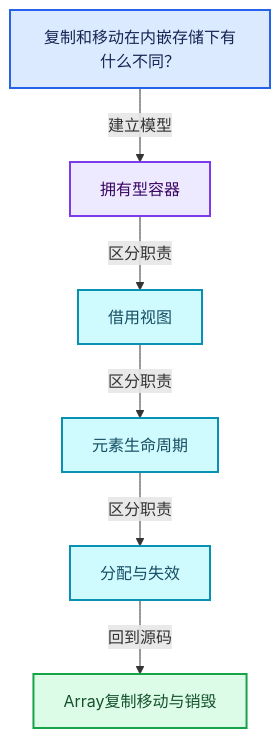
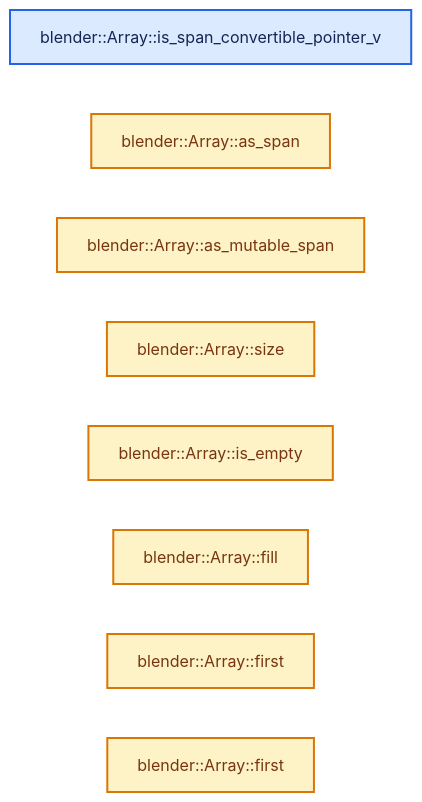
The second of 4 diagrams in 杂/markdown/全面学习-codex/01-基础容器与现代CPP/08-Array复制移动与销毁.md (yunkezengren/blender-.vscode), drawn with Mermaid before and after one commit. The commit also changed other lines of this file and 1930 other files, not shown here.

````diff
--- a/杂/markdown/全面学习-codex/01-基础容器与现代CPP/08-Array复制移动与销毁.md
+++ b/杂/markdown/全面学习-codex/01-基础容器与现代CPP/08-Array复制移动与销毁.md
@@ -60,20 +46,17 @@
 ```mermaid
-flowchart TB
-  Q["复制和移动在内嵌存储下有什么不同？"]:::input
-  C0["拥有型容器"]:::abstraction
-  C1["借用视图"]:::data
-  C2["元素生命周期"]:::data
-  C3["分配与失效"]:::data
-  R["Array复制移动与销毁"]:::result
-  Q -->|"建立模型"| C0
-  C0 -->|"区分职责"| C1
-  C1 -->|"区分职责"| C2
-  C2 -->|"区分职责"| C3
-  C3 -->|"回到源码"| R
+flowchart LR
+  F0["blender::Array::is_span_convertible_pointer_v"]:::input
+  F1["blender::Array::as_span"]:::compute
+  F2["blender::Array::as_mutable_span"]:::compute
+  F3["blender::Array::size"]:::compute
+  F4["blender::Array::is_empty"]:::compute
+  F5["blender::Array::fill"]:::compute
+  F6["blender::Array::first"]:::compute
+  F7["blender::Array::first"]:::compute
   classDef input fill:#DBEAFE,stroke:#2563EB,color:#172554,stroke-width:2px;
   classDef data fill:#CFFAFE,stroke:#0891B2,color:#164E63,stroke-width:2px;
   classDef abstraction fill:#EDE9FE,stroke:#7C3AED,color:#3B0764,stroke-width:2px;
   classDef compute fill:#FEF3C7,stroke:#D97706,color:#78350F,stroke-width:2px;
   classDef result fill:#DCFCE7,stroke:#16A34A,color:#14532D,stroke-width:2px;
   classDef error fill:#FEE2E2,stroke:#DC2626,color:#7F1D1D,stroke-width:2px;
 ```
````
